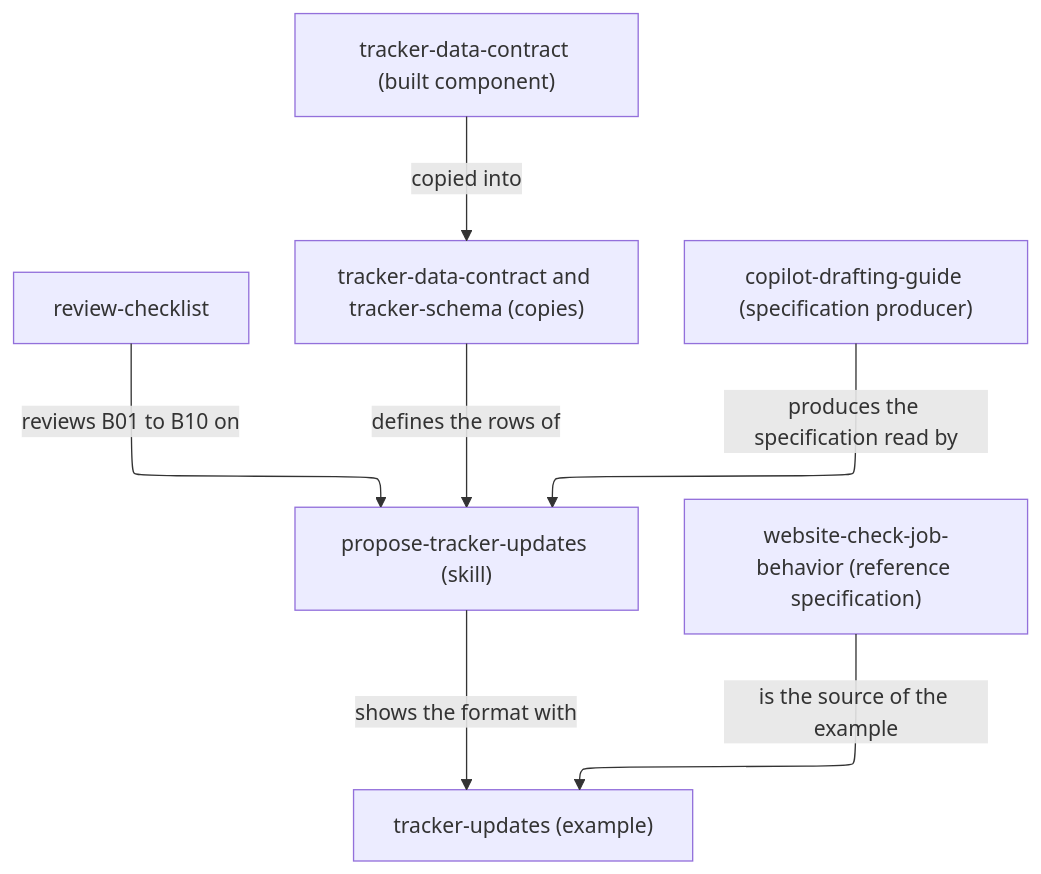
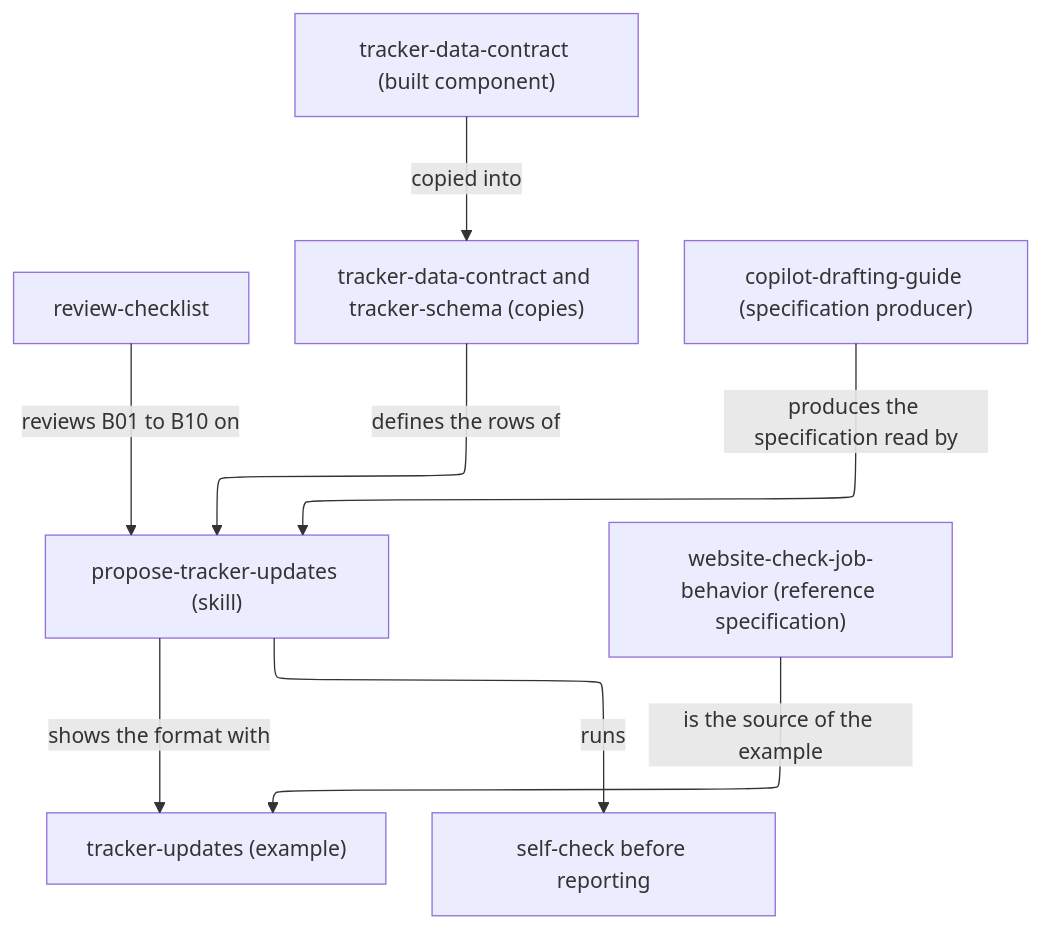
One commit to vrparthasarathy/migration-job-discovery changed the diagram in tracker-update-proposer/README.md. Above: the diagram before and after it, drawn with Mermaid. The commit also changed other lines of this file and 45 other files, not shown here.

````diff
--- a/tracker-update-proposer/README.md
+++ b/tracker-update-proposer/README.md
@@ -45,28 +36,30 @@
 ```mermaid
 ---
 config:
   layout: elk
 ---
 %%{init: {"securityLevel": "loose"}}%%
 flowchart TB
   chk["review-checklist"]
   skill["propose-tracker-updates (skill)"]
   copy["tracker-data-contract and tracker-schema (copies)"]
   ex["tracker-updates (example)"]
+  selfcheck["self-check before reporting"]
   contract["tracker-data-contract (built component)"]
   drafting["copilot-drafting-guide (specification producer)"]
   ref["website-check-job-behavior (reference specification)"]
   click chk "review-checklist.md"
   click skill "propose-tracker-updates/SKILL.md"
   click copy "propose-tracker-updates/tracker-data-contract.md"
   click ex "propose-tracker-updates/tracker-updates.csv"
   click contract "../tracker-data-contract/README.md"
   click drafting "../copilot-drafting-guide/README.md"
   click ref "../website-check-job-behavior/README.md"
   contract -->|"copied into"| copy
   copy -->|"defines the rows of"| skill
   skill -->|"shows the format with"| ex
   ref -->|"is the source of the example"| ex
   drafting -->|"produces the specification read by"| skill
+  skill -->|"runs"| selfcheck
   chk -->|"reviews B01 to B10 on"| skill
 ```
````
